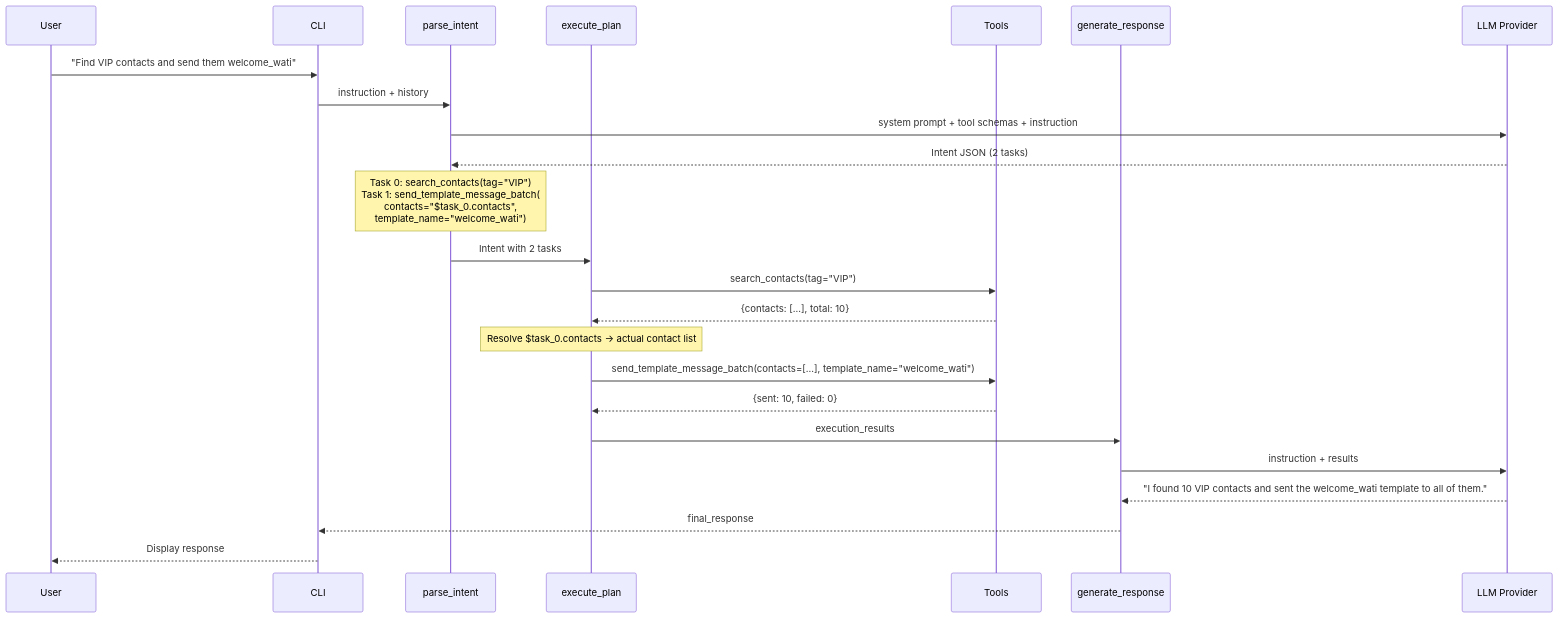
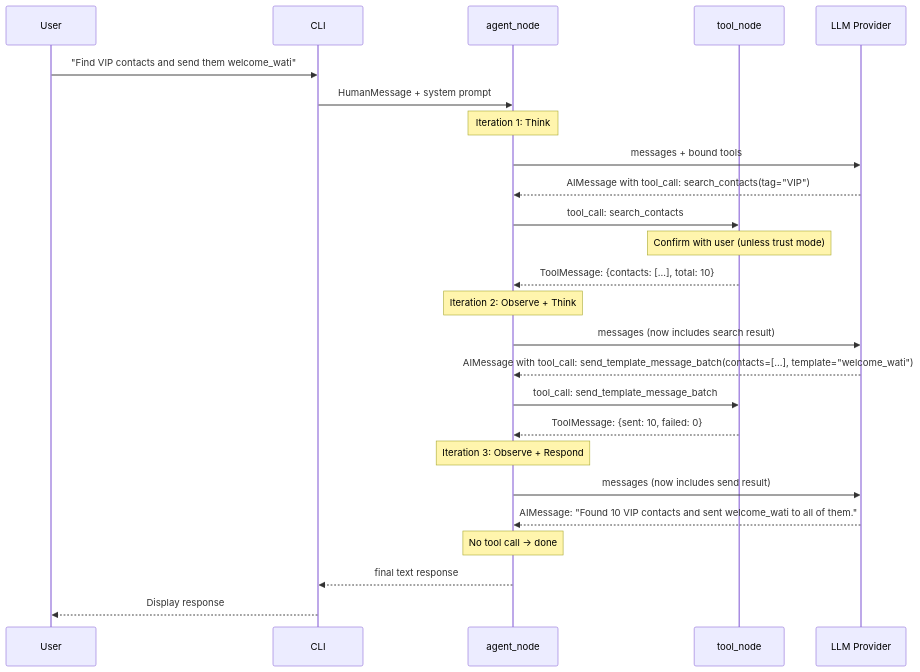
Before and after one commit to BESTBBZED/wati-conductor: the third of 6 diagrams in docs/architecture.md, drawn with Mermaid. The commit also changed other lines of this file and 18 other files, not shown here.

````diff
--- a/docs/architecture.md
+++ b/docs/architecture.md
@@ -136,36 +125,34 @@
 ```mermaid
 sequenceDiagram
     participant U as User
     participant CLI as CLI
-    participant P as parse_intent
-    participant E as execute_plan
-    participant T as Tools
-    participant R as generate_response
+    participant A as agent_node
+    participant T as tool_node
     participant LLM as LLM Provider
 
     U->>CLI: "Find VIP contacts and send them welcome_wati"
-    CLI->>P: instruction + history
+    CLI->>A: HumanMessage + system prompt
 
-    P->>LLM: system prompt + tool schemas + instruction
-    LLM-->>P: Intent JSON (2 tasks)
+    Note over A: Iteration 1: Think
+    A->>LLM: messages + bound tools
+    LLM-->>A: AIMessage with tool_call: search_contacts(tag="VIP")
 
-    Note over P: Task 0: search_contacts(tag="VIP")<br/>Task 1: send_template_message_batch(<br/>  contacts="$task_0.contacts",<br/>  template_name="welcome_wati")
+    A->>T: tool_call: search_contacts
+    Note over T: Confirm with user (unless trust mode)
+    T-->>A: ToolMessage: {contacts: [...], total: 10}
 
-    P->>E: Intent with 2 tasks
+    Note over A: Iteration 2: Observe + Think
+    A->>LLM: messages (now includes search result)
+    LLM-->>A: AIMessage with tool_call: send_template_message_batch(contacts=[...], template="welcome_wati")
 
-    E->>T: search_contacts(tag="VIP")
-    T-->>E: {contacts: [...], total: 10}
+    A->>T: tool_call: send_template_message_batch
+    T-->>A: ToolMessage: {sent: 10, failed: 0}
 
-    Note over E: Resolve $task_0.contacts → actual contact list
+    Note over A: Iteration 3: Observe + Respond
+    A->>LLM: messages (now includes send result)
+    LLM-->>A: AIMessage: "Found 10 VIP contacts and sent welcome_wati to all of them."
 
-    E->>T: send_template_message_batch(contacts=[...], template_name="welcome_wati")
-    T-->>E: {sent: 10, failed: 0}
-
-    E->>R: execution_results
-
-    R->>LLM: instruction + results
-    LLM-->>R: "I found 10 VIP contacts and sent the welcome_wati template to all of them."
-
-    R-->>CLI: final_response
+    Note over A: No tool call → done
+    A-->>CLI: final text response
     CLI-->>U: Display response
 ```
````
